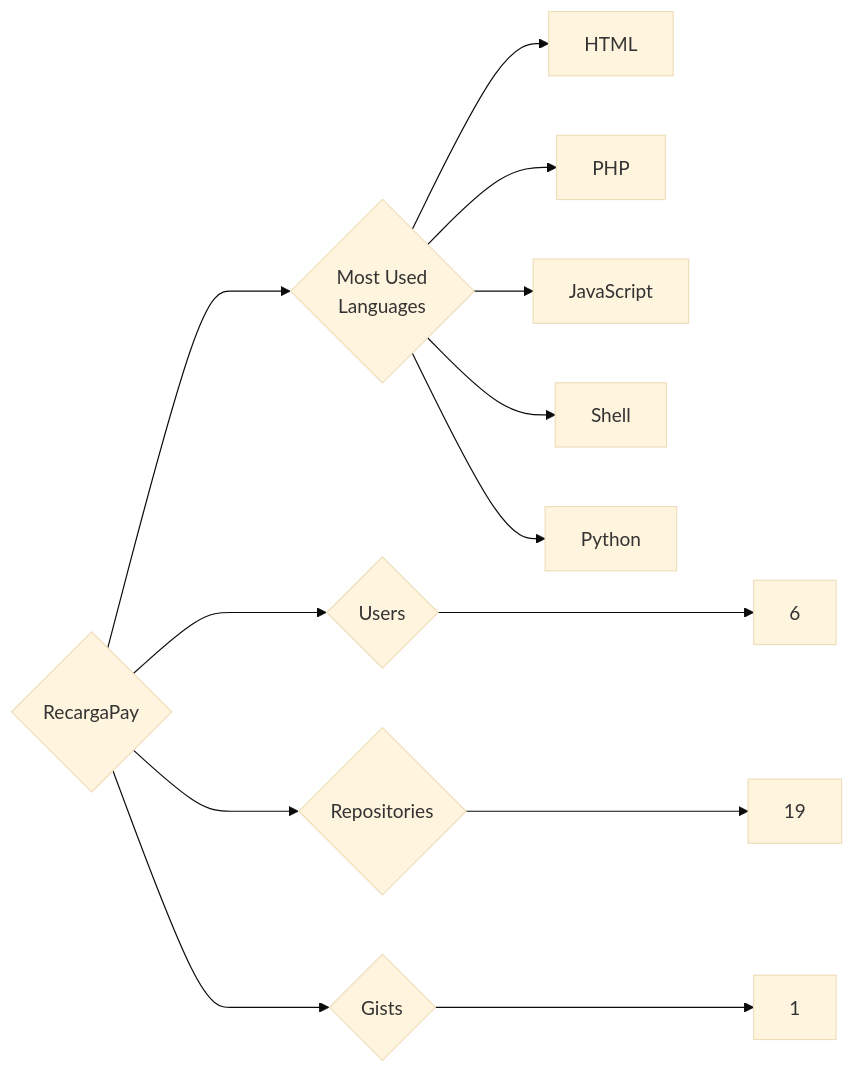
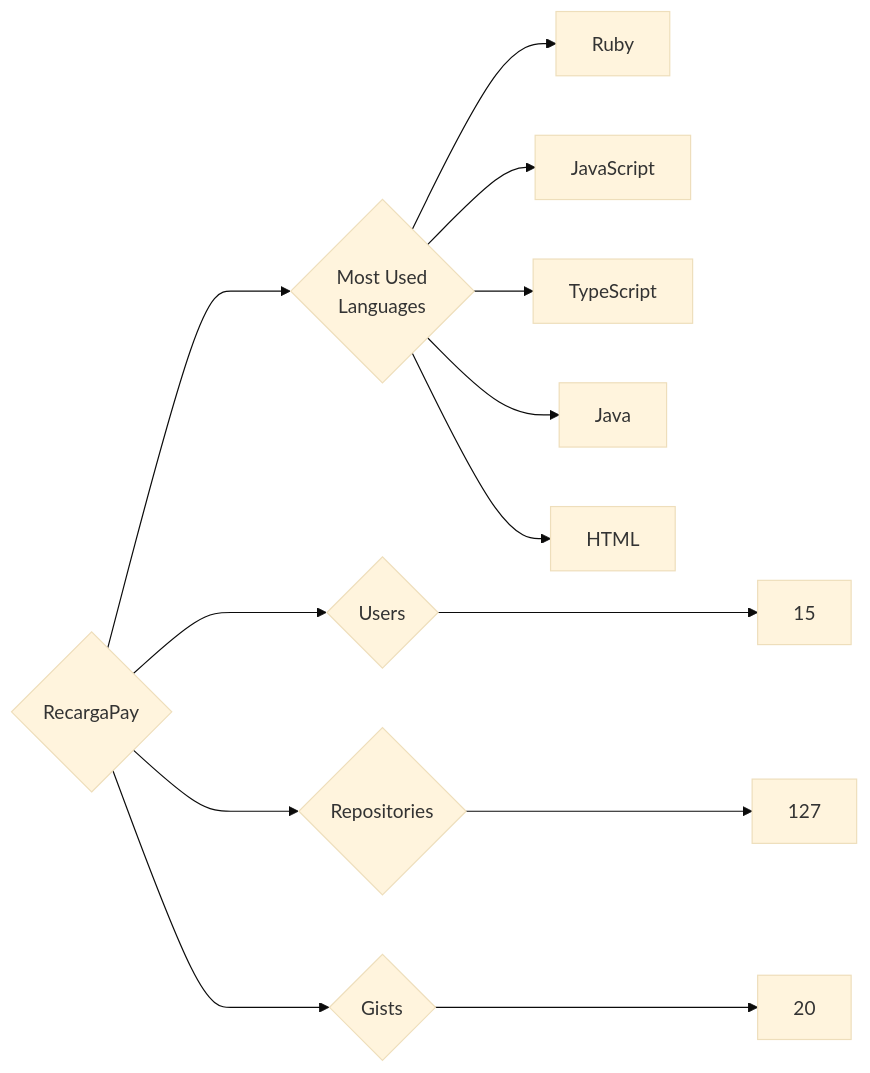
One commit to trickest/insiders changed the diagram in targets/RecargaPay/README.md. Above: the diagram before and after it, drawn with Mermaid (base theme). The commit also changed 940 other files, not shown here.

````diff
--- a/targets/RecargaPay/README.md
+++ b/targets/RecargaPay/README.md
@@ -3,13 +3,13 @@
 ```mermaid
 graph LR
 COMPANY_NAME{RecargaPay}
-COMPANY_NAME ---> U{Users} ---> UN[6]
-COMPANY_NAME ---> R{Repositories} ---> RN[19]
-COMPANY_NAME ---> G{Gists} ---> GN[1]
+COMPANY_NAME ---> U{Users} ---> UN[15]
+COMPANY_NAME ---> R{Repositories} ---> RN[127]
+COMPANY_NAME ---> G{Gists} ---> GN[20]
 COMPANY_NAME ---> ML{Most Used<br>Languages}
+ML --> Ruby[Ruby]
+ML --> JavaScript[JavaScript]
+ML --> TypeScript[TypeScript]
+ML --> Java[Java]
 ML --> HTML[HTML]
-ML --> PHP[PHP]
-ML --> JavaScript[JavaScript]
-ML --> Shell[Shell]
-ML --> Python[Python]
 ```
````
